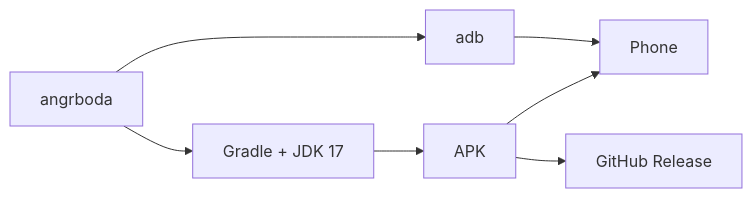
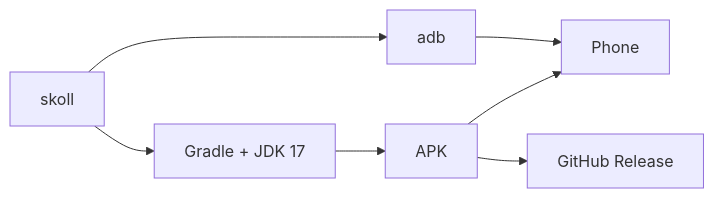
One commit to masudibnbelat/skoll-cli changed the second of 2 diagrams in README.md. Above: the diagram before and after it, drawn with Mermaid. The commit also changed other lines of this file and 29 other files, not shown here.

````diff
--- a/README.md
+++ b/README.md
@@ -393,9 +393,9 @@
 ```mermaid
 flowchart LR
-    A["angrboda"] --> B["Gradle + JDK 17"]
+    A["skoll"] --> B["Gradle + JDK 17"]
     A --> C["adb"]
     B --> D["APK"]
     C --> E["Phone"]
     D --> E
     D --> F["GitHub Release"]
 ```
````
